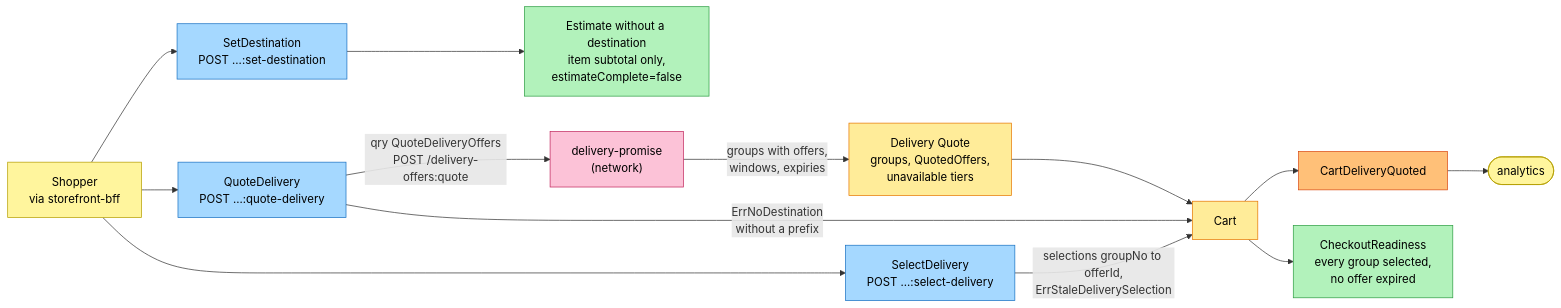
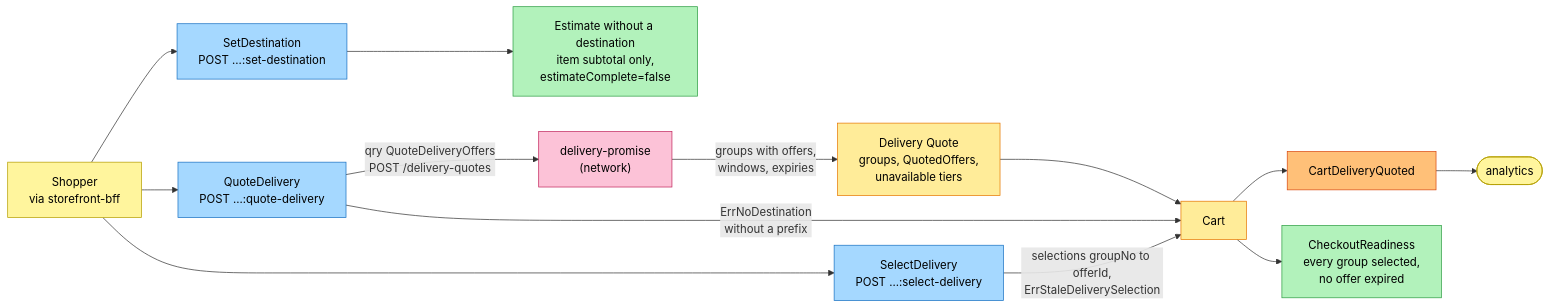
Before and after one commit to IQVO/warehouse-docs: the second of 4 diagrams in storefront/docs/contexts/shopping-cart/eventstorming.md, drawn with Mermaid. The commit also changed other lines of this file and 272 other files, not shown here.

````diff
--- a/storefront/docs/contexts/shopping-cart/eventstorming.md
+++ b/storefront/docs/contexts/shopping-cart/eventstorming.md
@@ -94,34 +94,34 @@
 ```mermaid
 flowchart LR
     S["Shopper<br/>via storefront-bff"]:::actor
     C5["SetDestination<br/>POST ...:set-destination"]:::command
     C6["QuoteDelivery<br/>POST ...:quote-delivery"]:::command
     C7["SelectDelivery<br/>POST ...:select-delivery"]:::command
     DP["delivery-promise<br/>(network)"]:::external
     Q["Delivery Quote<br/>groups, QuotedOffers,<br/>unavailable tiers"]:::aggregate
     G1["Cart"]:::aggregate
     E2["CartDeliveryQuoted"]:::event
     RM1["CheckoutReadiness<br/>every group selected,<br/>no offer expired"]:::readmodel
     AN(["analytics"]):::actor
     ES["Estimate without a destination<br/>item subtotal only,<br/>estimateComplete=false"]:::readmodel
 
     S --> C5
     S --> C6
     S --> C7
-    C6 -->|qry QuoteDeliveryOffers<br/>POST /delivery-offers:quote| DP
+    C6 -->|qry QuoteDeliveryOffers<br/>POST /delivery-quotes| DP
     DP -->|groups with offers,<br/>windows, expiries| Q
     C6 -->|ErrNoDestination<br/>without a prefix| G1
     Q --> G1
     C7 -->|selections groupNo to offerId,<br/>ErrStaleDeliverySelection| G1
     G1 --> E2
     E2 --> AN
     G1 --> RM1
     C5 --> ES
 
     classDef actor fill:#fff59d,stroke:#b59f00,color:#000
     classDef command fill:#a5d8ff,stroke:#1971c2,color:#000
     classDef aggregate fill:#ffec99,stroke:#e67700,color:#000
     classDef event fill:#ffc078,stroke:#d9480f,color:#000
     classDef readmodel fill:#b2f2bb,stroke:#2f9e44,color:#000
     classDef external fill:#fcc2d7,stroke:#c2255c,color:#000
 ```
````
